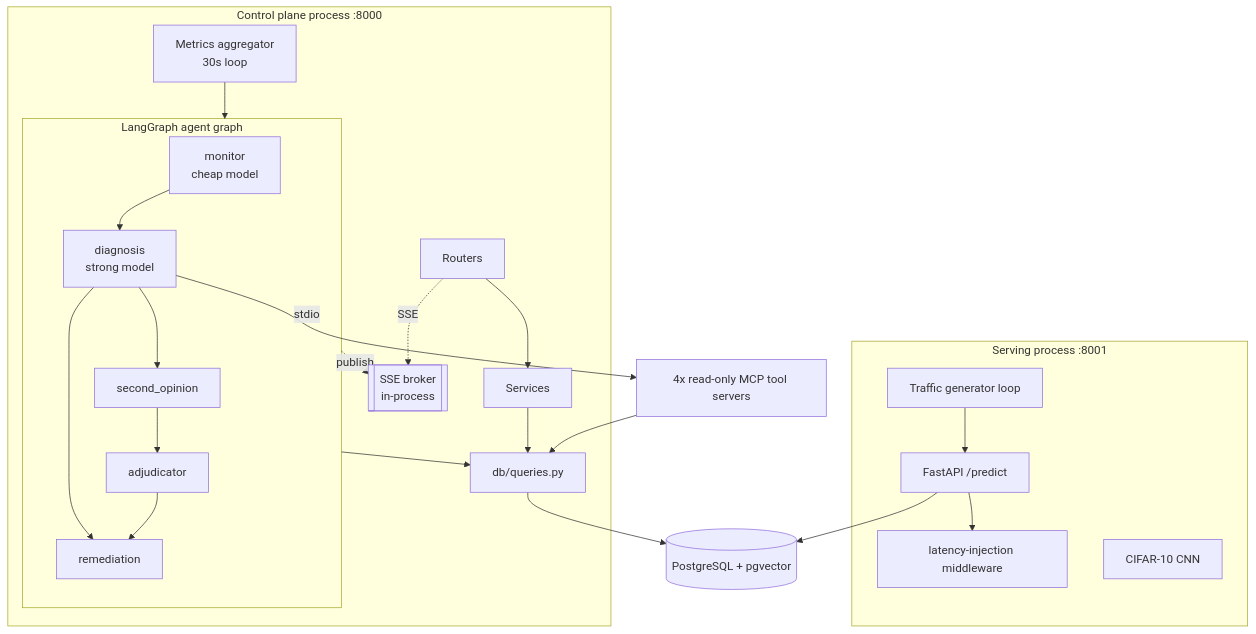
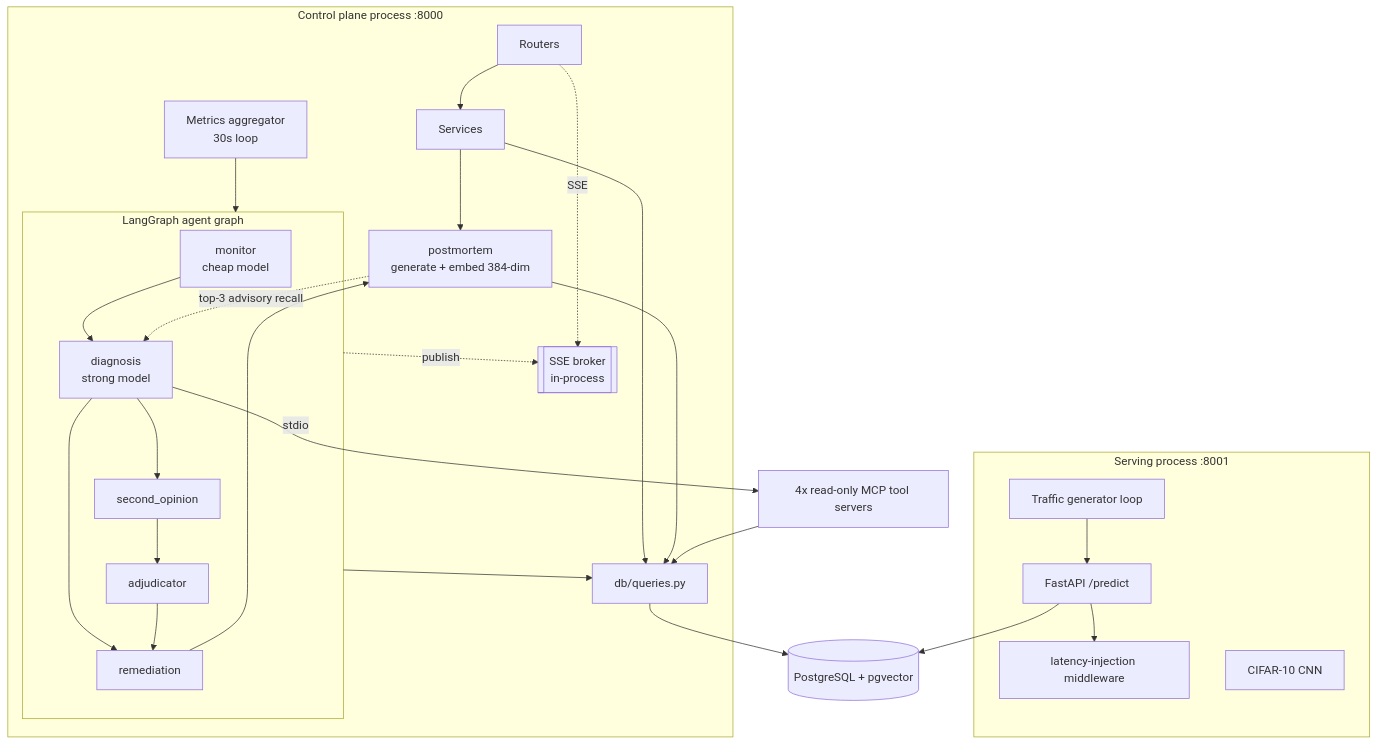
One commit to cheneeheng/mlops-incident-commander changed the second of 7 diagrams in .agents_workspace/ARCHITECTURE.md. Above: the diagram before and after it, drawn with Mermaid. The commit also changed other lines of this file and 1 other file, not shown here.

First line of the commit message:
docs(architecture): move the conceptual model out, detail the agent graph

````diff
--- a/.agents_workspace/ARCHITECTURE.md
+++ b/.agents_workspace/ARCHITECTURE.md
@@ -56,29 +26,34 @@
 ```mermaid
 flowchart TB
     subgraph control[Control plane process :8000]
         routers[Routers] --> services[Services]
         services --> queries[db/queries.py]
         agg[Metrics aggregator<br/>30s loop] --> agent_graph
         subgraph agent_graph[LangGraph agent graph]
             monitor[monitor<br/>cheap model] --> diagnosis[diagnosis<br/>strong model]
             diagnosis --> second[second_opinion]
             second --> adjud[adjudicator]
             diagnosis --> remed[remediation]
             adjud --> remed
         end
         agent_graph --> queries
+        pm[postmortem<br/>generate + embed 384-dim]
+        services --> pm
+        remed --> pm
+        pm --> queries
+        pm -.top-3 advisory recall.-> diagnosis
         broker[[SSE broker<br/>in-process]]
     end
     subgraph serving_proc[Serving process :8001]
         serving_app[FastAPI /predict] --> mw[latency-injection middleware]
         cnn[CIFAR-10 CNN]
         traffic[Traffic generator loop]
     end
     diagnosis -->|stdio| mcp[4x read-only MCP tool servers]
     mcp --> queries
     queries --> db[(PostgreSQL + pgvector)]
     serving_app --> db
     traffic --> serving_app
     routers -.SSE.-> broker
     agent_graph -.publish.-> broker
 ```
````
